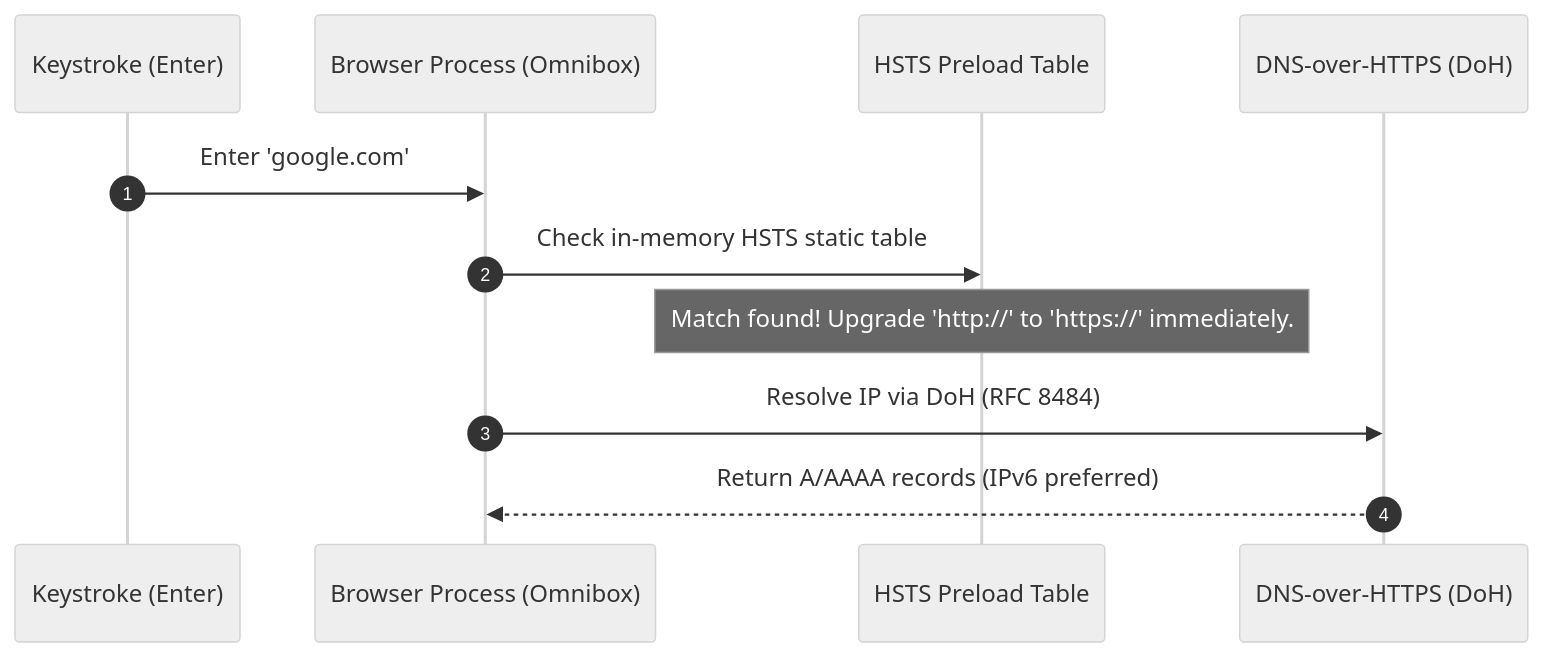
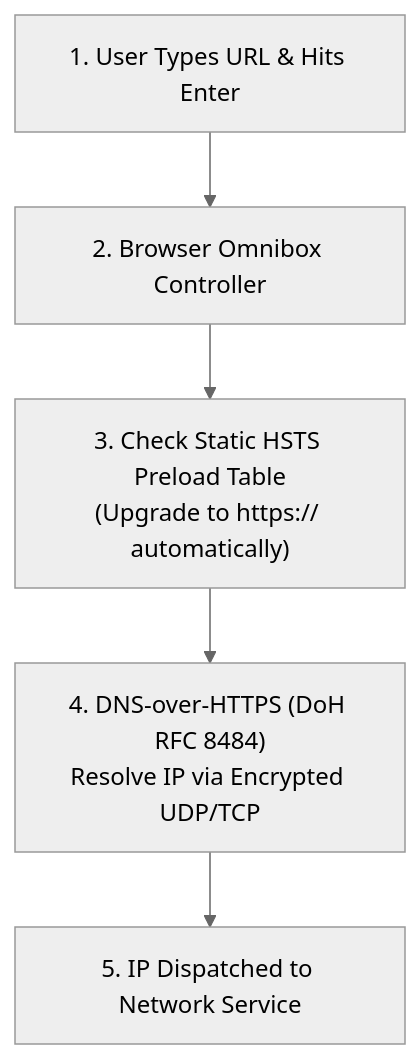
The second of 4 diagrams in _posts/2026-08-27-what-happens-after-you-enter-a-url-in-chrome.md (naimurhasan/naimurhasan.github.io), drawn with Mermaid (neutral theme) before and after one commit. The commit also changed other lines of this file and 28 other files, not shown here.

Commit message:
fix(blog): refactor all Mermaid diagrams to vertical legible layouts and restore in-body illustrations

````diff
--- a/_posts/2026-08-27-what-happens-after-you-enter-a-url-in-chrome.md
+++ b/_posts/2026-08-27-what-happens-after-you-enter-a-url-in-chrome.md
@@ -40,14 +42,7 @@
 ```mermaid
-sequenceDiagram
-  autonumber
-  participant User as Keystroke (Enter)
-  participant UI as Browser Process (Omnibox)
-  participant HSTS as HSTS Preload Table
-  participant DNS as DNS-over-HTTPS (DoH)
-
-  User->>UI: Enter 'google.com'
-  UI->>HSTS: Check in-memory HSTS static table
-  Note over HSTS: Match found! Upgrade 'http://' to 'https://' immediately.
-  UI->>DNS: Resolve IP via DoH (RFC 8484)
-  DNS-->>UI: Return A/AAAA records (IPv6 preferred)
+flowchart TD
+  User["1. User Types URL & Hits Enter"] --> UI["2. Browser Omnibox Controller"]
+  UI --> HSTS["3. Check Static HSTS Preload Table<br/>(Upgrade to https:// automatically)"]
+  HSTS --> DNS["4. DNS-over-HTTPS (DoH RFC 8484)<br/>Resolve IP via Encrypted UDP/TCP"]
+  DNS --> Ready["5. IP Dispatched to Network Service"]
 ```
````
